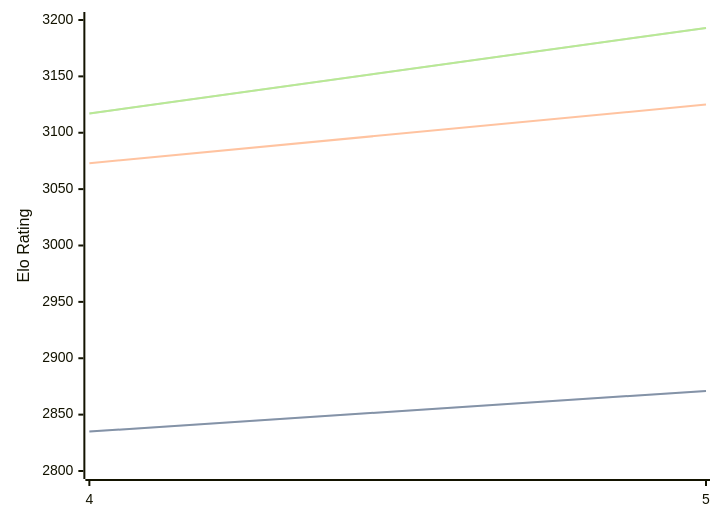
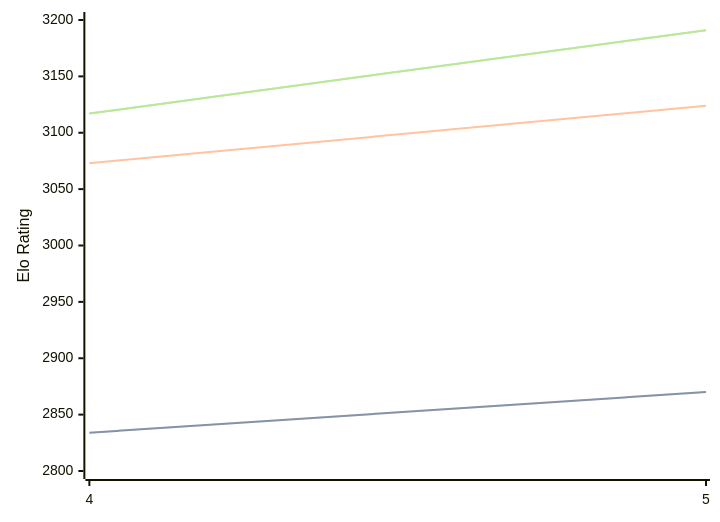
Before and after one commit to computer-chess-index/cci: the first of 3 diagrams in engines/Cwtch.md, drawn with Mermaid. The commit also changed other lines of this file, not shown here.

Commit message:
Update CCI Ratings (ELO VLTC) - 2026-06-19

````diff
--- a/engines/Cwtch.md
+++ b/engines/Cwtch.md
@@ -34,11 +34,11 @@
 ```mermaid
 %%{init: {"theme":"base","themeVariables":{"seriesColors:['#a3a3a3','#222221','#faa371']}}}%%
 xychart-beta
   x-axis ["4", "5"]
   y-axis "Elo Rating" 2800 --> 3200
-  line "STC (8.0+0.08s)" [2835, 2871]
-  line "STC (8.0+0.08s)" [2835, 2871]
-  line "LTC (60.0+0.60s)" [3073, 3125]
-  line "VLTC (2m24s+1.12s)" [3117, 3193]
-  line "VLTC (2m24s+1.12s)" [3117, 3193]
+  line "STC (8.0+0.08s)" [2834, 2870]
+  line "STC (8.0+0.08s)" [2834, 2870]
+  line "LTC (60.0+0.60s)" [3073, 3124]
+  line "VLTC (2m24s+1.12s)" [3117, 3191]
+  line "VLTC (2m24s+1.12s)" [3117, 3191]
 ```
````
